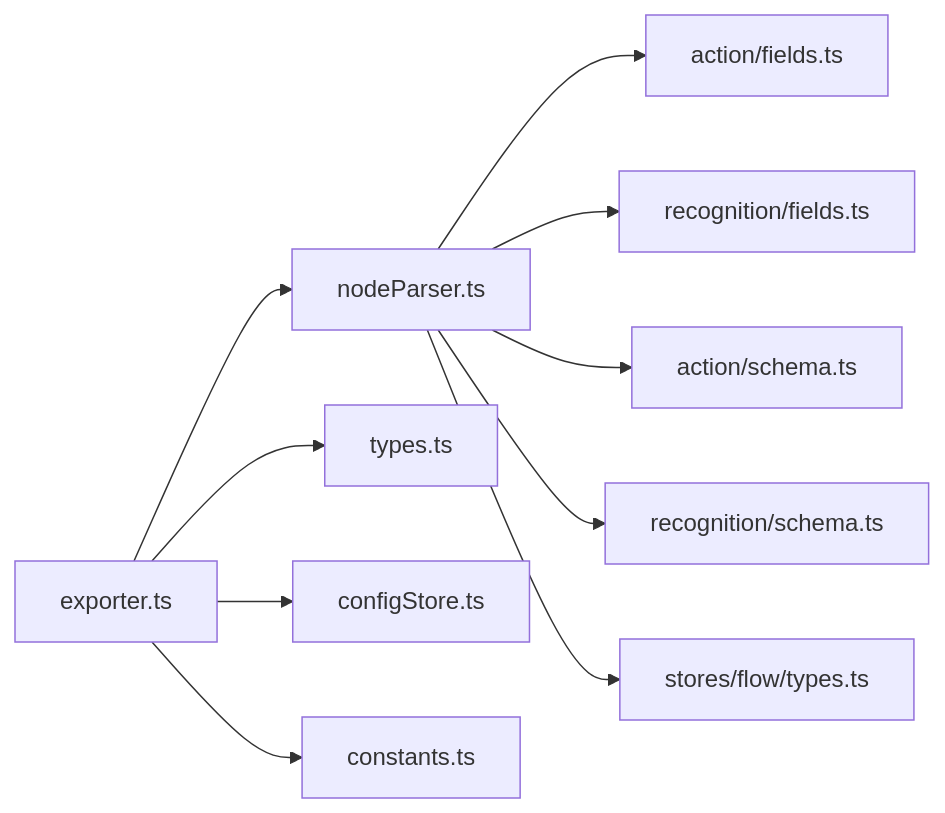
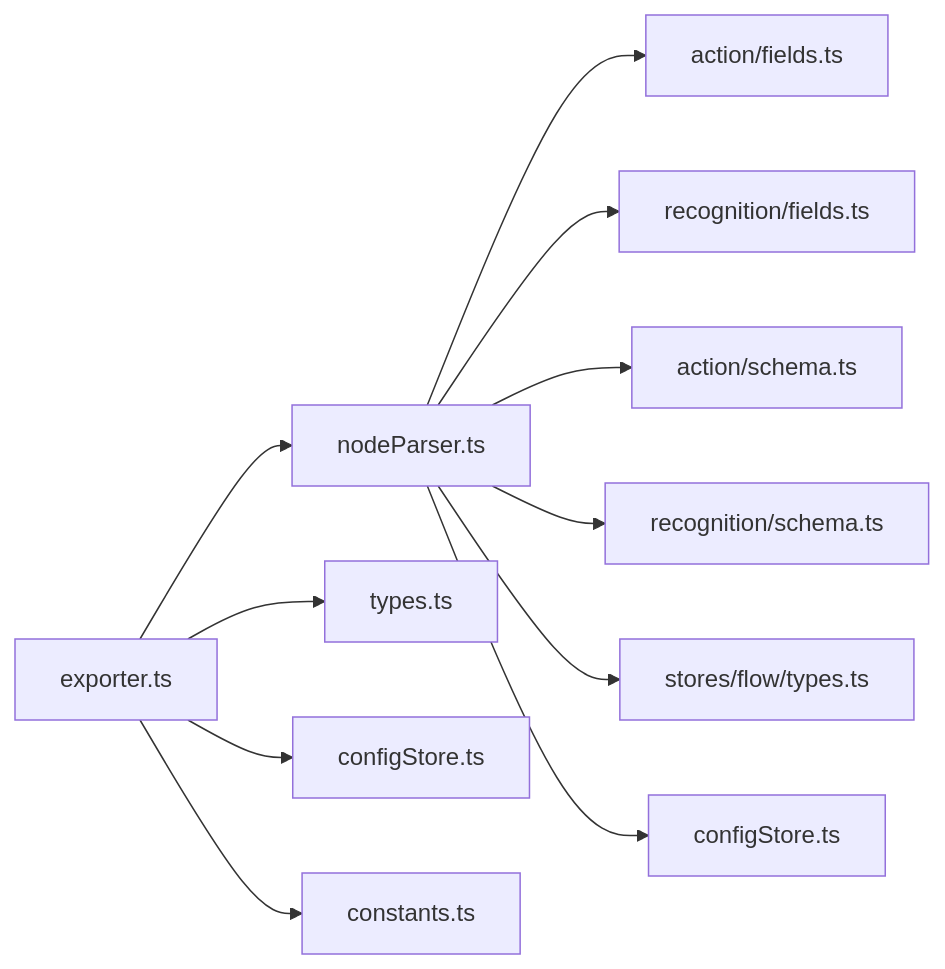
One commit to kqcoxn/MaaPipelineEditor changed the third of 3 diagrams in .qoder/repowiki/zh/content/特性/节点属性导出格式.md. Above: the diagram before and after it, drawn with Mermaid. The commit also changed other lines of this file and 23 other files, not shown here.

````diff
--- a/.qoder/repowiki/zh/content/特性/节点属性导出格式.md
+++ b/.qoder/repowiki/zh/content/特性/节点属性导出格式.md
@@ -212,12 +229,13 @@
 ```mermaid
 graph LR
 Export["exporter.ts"] --> Parser["nodeParser.ts"]
 Export --> Types["types.ts"]
 Export --> Config["configStore.ts"]
 Export --> Const["constants.ts"]
 Parser --> ActFields["action/fields.ts"]
 Parser --> RecFields["recognition/fields.ts"]
 Parser --> ActSchema["action/schema.ts"]
 Parser --> RecSchema["recognition/schema.ts"]
 Parser --> FTypes["stores/flow/types.ts"]
+Parser --> CStore["configStore.ts"]
 ```
````
